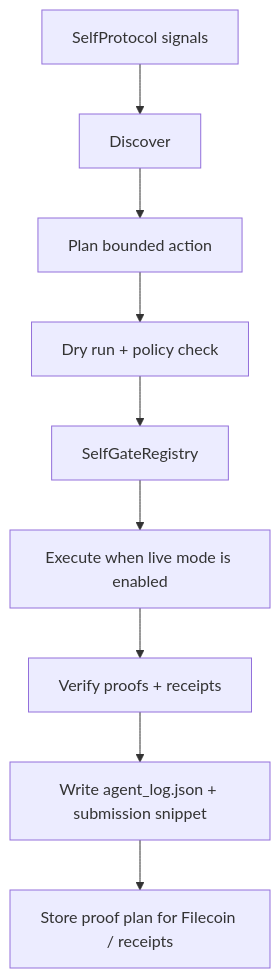
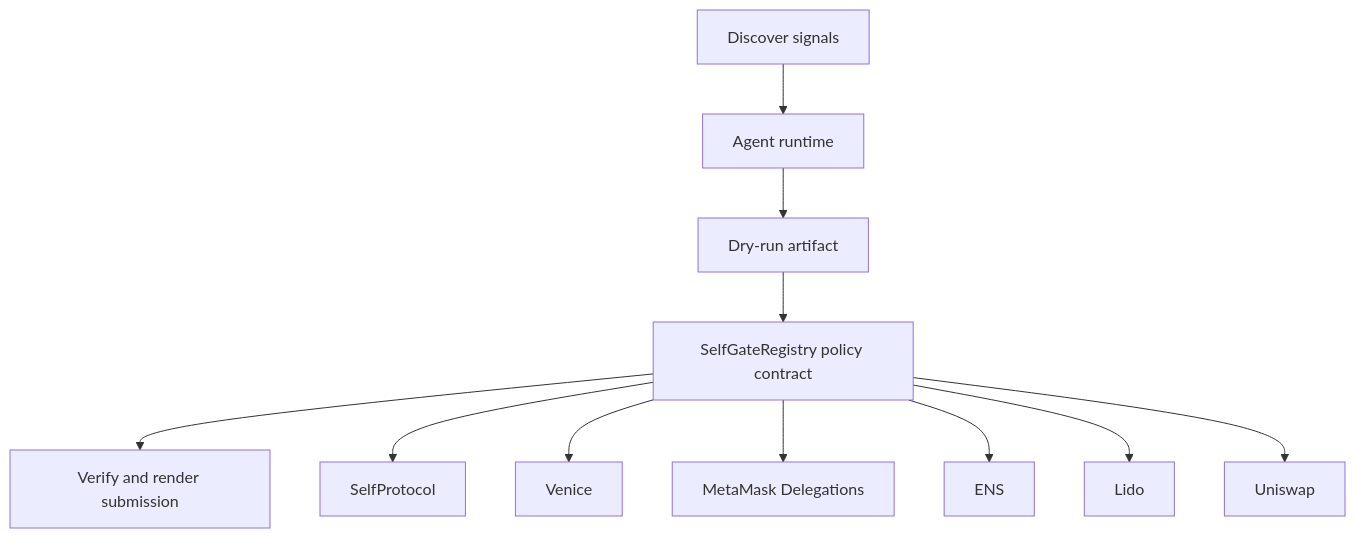
The diagram in docs/architecture.mmd (CrystallineButterfly/Synthesis-SelfProtocol), drawn with Mermaid before and after one commit. The commit also changed 998 other files, not shown here.

Commit message:
Implement bounded agent runtime

```diff
--- a/docs/architecture.mmd
+++ b/docs/architecture.mmd
@@ -1,9 +1,13 @@
 flowchart TD
-    Signals[SelfProtocol signals] --> Discover[Discover]
-    Discover --> Plan[Plan bounded action]
-    Plan --> DryRun[Dry run + policy check]
-    DryRun --> Guard[SelfGateRegistry]
-    Guard --> Execute[Execute when live mode is enabled]
-    Execute --> Verify[Verify proofs + receipts]
-    Verify --> Persist[Write agent_log.json + submission snippet]
-    Persist --> Storage[Store proof plan for Filecoin / receipts]
+    Signals[Discover signals]
+    Planner[Agent runtime]
+    DryRun[Dry-run artifact]
+    Contract[SelfGateRegistry policy contract]
+    Verify[Verify and render submission]
+    Signals --> Planner --> DryRun --> Contract --> Verify
+    Contract --> selfprotocol[SelfProtocol]
+    Contract --> venice[Venice]
+    Contract --> metamask_delegations[MetaMask Delegations]
+    Contract --> ens[ENS]
+    Contract --> lido[Lido]
+    Contract --> uniswap[Uniswap]
```
